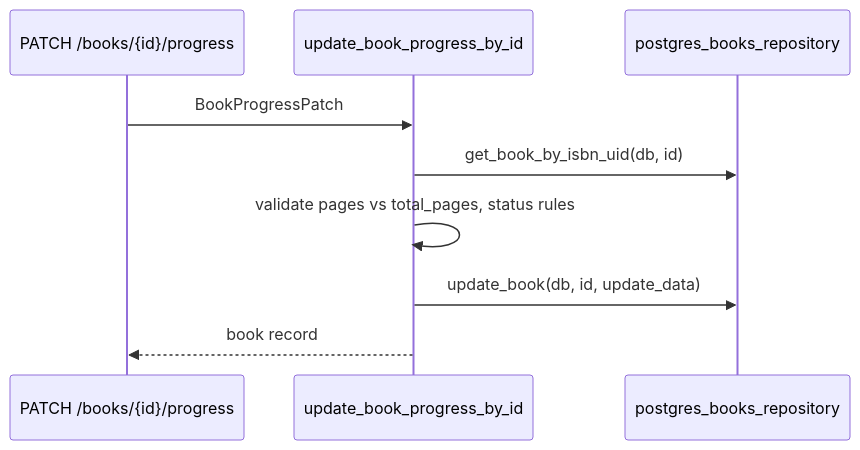
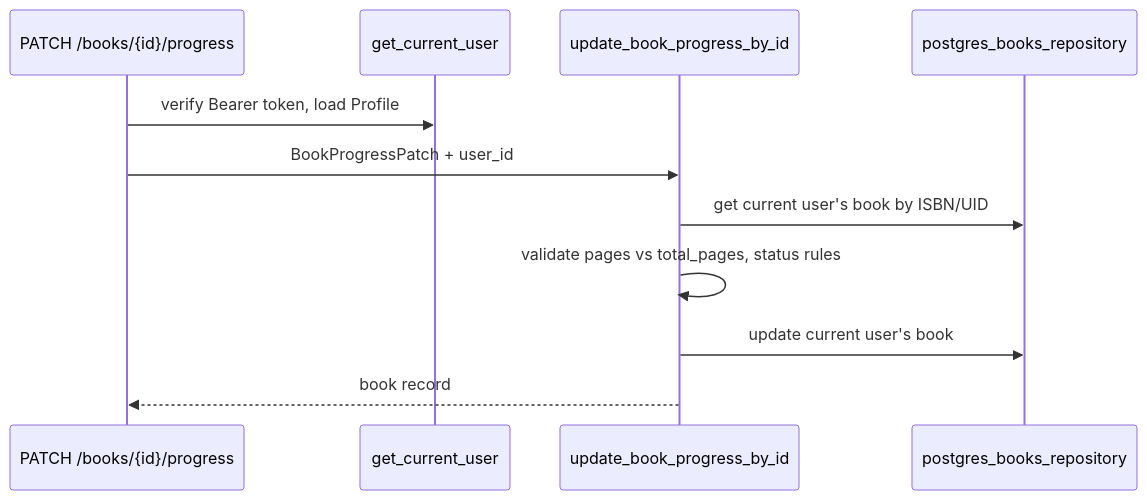
Before and after one commit to tranguyeenn/shelftxt: the second of 4 diagrams in docs/engineering/backend.md, drawn with Mermaid. The commit also changed other lines of this file and 23 other files, not shown here.

Commit message:
Complete user ownership migration and apply missing schema updates

````diff
--- a/docs/engineering/backend.md
+++ b/docs/engineering/backend.md
@@ -105,12 +111,14 @@
 ```mermaid
 sequenceDiagram
   participant R as PATCH /books/{id}/progress
+  participant Auth as get_current_user
   participant S as update_book_progress_by_id
   participant Repo as postgres_books_repository
 
-  R->>S: BookProgressPatch
-  S->>Repo: get_book_by_isbn_uid(db, id)
+  R->>Auth: verify Bearer token, load Profile
+  R->>S: BookProgressPatch + user_id
+  S->>Repo: get current user's book by ISBN/UID
   S->>S: validate pages vs total_pages, status rules
-  S->>Repo: update_book(db, id, update_data)
+  S->>Repo: update current user's book
   S-->>R: book record
 ```
````
